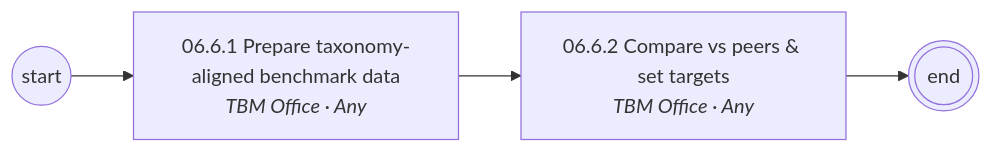
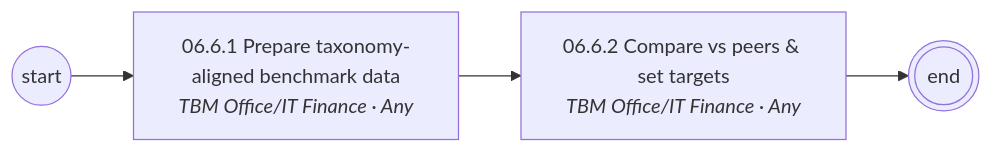
The seventh of 7 diagrams in diagrams/mermaid/area-06.md (corbyjames/apptio-process-catalog), drawn with Mermaid before and after one commit. The commit also changed other lines of this file and 251 other files, not shown here.

````diff
--- a/diagrams/mermaid/area-06.md
+++ b/diagrams/mermaid/area-06.md
@@ -105,9 +105,9 @@
 ```mermaid
 flowchart LR
   S((start))
-  N06_6_1["06.6.1 Prepare taxonomy-aligned benchmark data<br/><i>TBM Office · Any</i>"]
+  N06_6_1["06.6.1 Prepare taxonomy-aligned benchmark data<br/><i>TBM Office/IT Finance · Any</i>"]
   S --> N06_6_1
-  N06_6_2["06.6.2 Compare vs peers & set targets<br/><i>TBM Office · Any</i>"]
+  N06_6_2["06.6.2 Compare vs peers & set targets<br/><i>TBM Office/IT Finance · Any</i>"]
   N06_6_1 --> N06_6_2
   N06_6_2 --> E(((end)))
 ```
````
